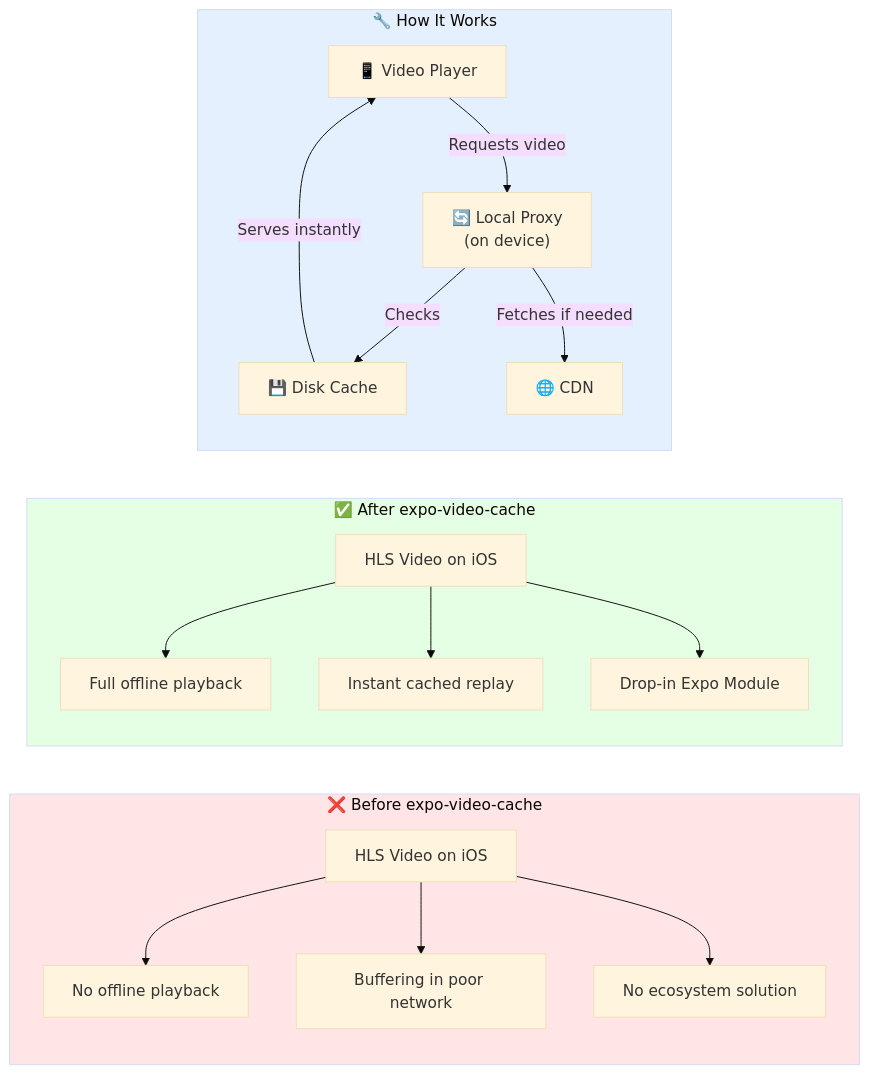
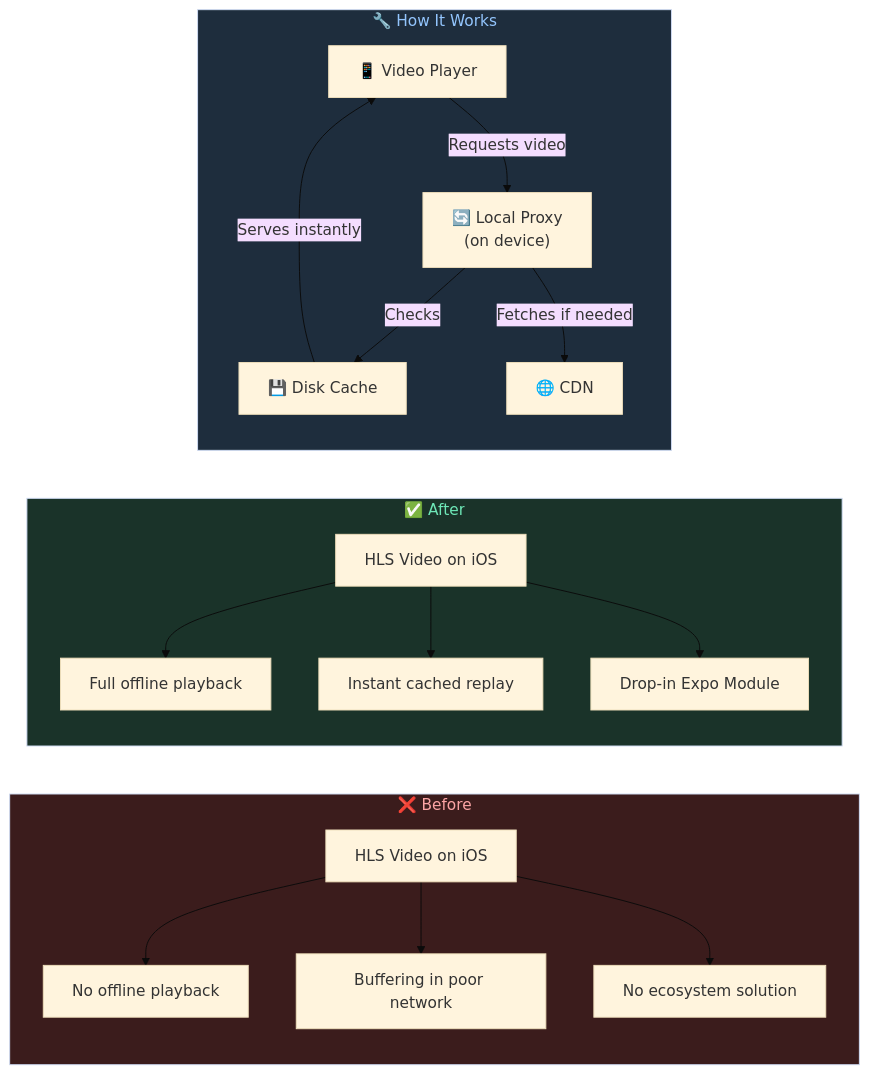
One commit to Monisankarnath/monisankarnath-portfolio changed the first of 13 diagrams in src/content/case-studies/expo-video-ios-offline-caching.md. Above: the diagram before and after it, drawn with Mermaid (base theme). The commit also changed other lines of this file and 19 other files, not shown here.

Commit message:
chore: mermaid build and listing revamp

````diff
--- a/src/content/case-studies/expo-video-ios-offline-caching.md
+++ b/src/content/case-studies/expo-video-ios-offline-caching.md
@@ -21,25 +24,25 @@
 ```mermaid
 flowchart LR
-    subgraph before ["❌ Before expo-video-cache"]
+    subgraph before ["❌ Before"]
         B1["HLS Video on iOS"] --> B2["No offline playback"]
         B1 --> B3["Buffering in poor network"]
         B1 --> B4["No ecosystem solution"]
     end
 
-    subgraph after ["✅ After expo-video-cache"]
+    subgraph after ["✅ After"]
         A1["HLS Video on iOS"] --> A2["Full offline playback"]
         A1 --> A3["Instant cached replay"]
         A1 --> A4["Drop-in Expo Module"]
     end
 
     subgraph how ["🔧 How It Works"]
-        H1["📱 Video Player"] -->|"Requests video"| H2["🔄 Local Proxy\n(on device)"]
+        H1["📱 Video Player"] -->|"Requests video"| H2["🔄 Local Proxy<br/>(on device)"]
         H2 -->|"Checks"| H3["💾 Disk Cache"]
         H2 -->|"Fetches if needed"| H4["🌐 CDN"]
         H3 -->|"Serves instantly"| H1
     end
 
-    style before fill:#FFE5E5
-    style after fill:#E5FFE5
-    style how fill:#E5F0FF
+    style before fill:#3B1C1C,color:#FCA5A5
+    style after fill:#1A3329,color:#6EE7B7
+    style how fill:#1E2D3D,color:#93C5FD
 ```
````
